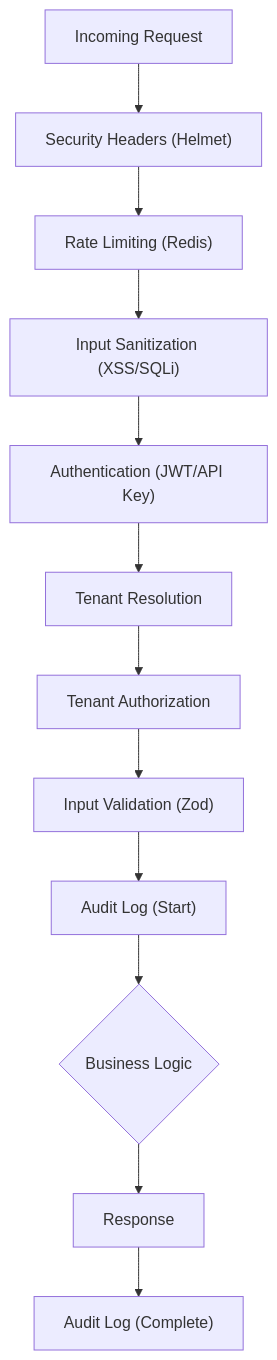
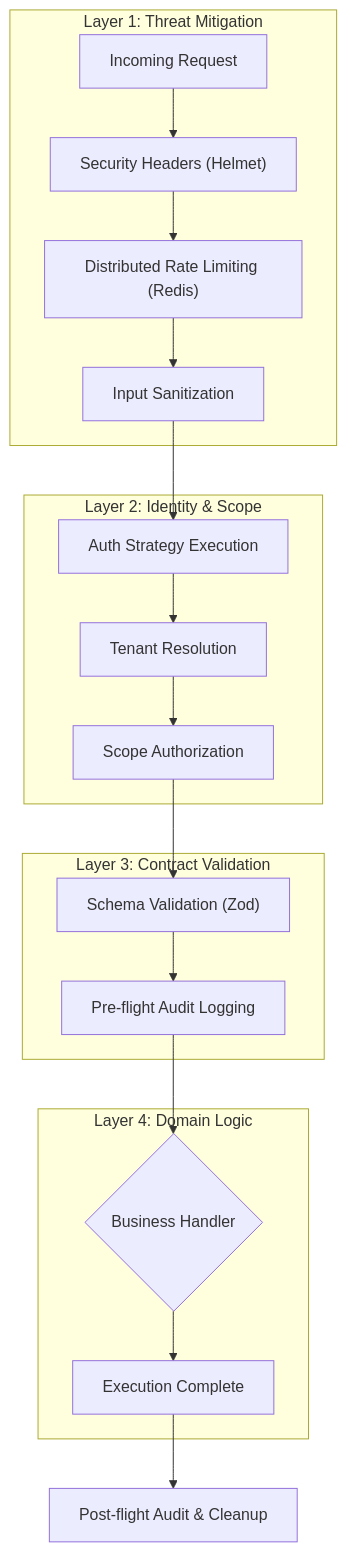
Before and after one commit to RkayG/tenet: the diagram in docs/architecture/tenet_overview.md, drawn with Mermaid. The commit also changed other lines of this file and 8 other files, not shown here.

````diff
--- a/docs/architecture/tenet_overview.md
+++ b/docs/architecture/tenet_overview.md
@@ -56,14 +42,26 @@
 ```mermaid
 graph TD
+    subgraph Layer 1: Threat Mitigation
     A[Incoming Request] --> B["Security Headers (Helmet)"]
-    B --> C["Rate Limiting (Redis)"]
-    C --> D["Input Sanitization (XSS/SQLi)"]
-    D --> E["Authentication (JWT/API Key)"]
+    B --> C["Distributed Rate Limiting (Redis)"]
+    C --> D["Input Sanitization"]
+    end
+
+    subgraph Layer 2: Identity & Scope
+    D --> E["Auth Strategy Execution"]
     E --> F[Tenant Resolution]
-    F --> G[Tenant Authorization]
-    G --> H["Input Validation (Zod)"]
-    H --> I["Audit Log (Start)"]
-    I --> J{Business Logic}
-    J --> K[Response]
-    K --> L["Audit Log (Complete)"]
+    F --> G[Scope Authorization]
+    end
+
+    subgraph Layer 3: Contract Validation
+    G --> H["Schema Validation (Zod)"]
+    H --> I["Pre-flight Audit Logging"]
+    end
+
+    subgraph Layer 4: Domain Logic
+    I --> J{Business Handler}
+    J --> K[Execution Complete]
+    end
+
+    K --> L["Post-flight Audit & Cleanup"]
 ```
````
